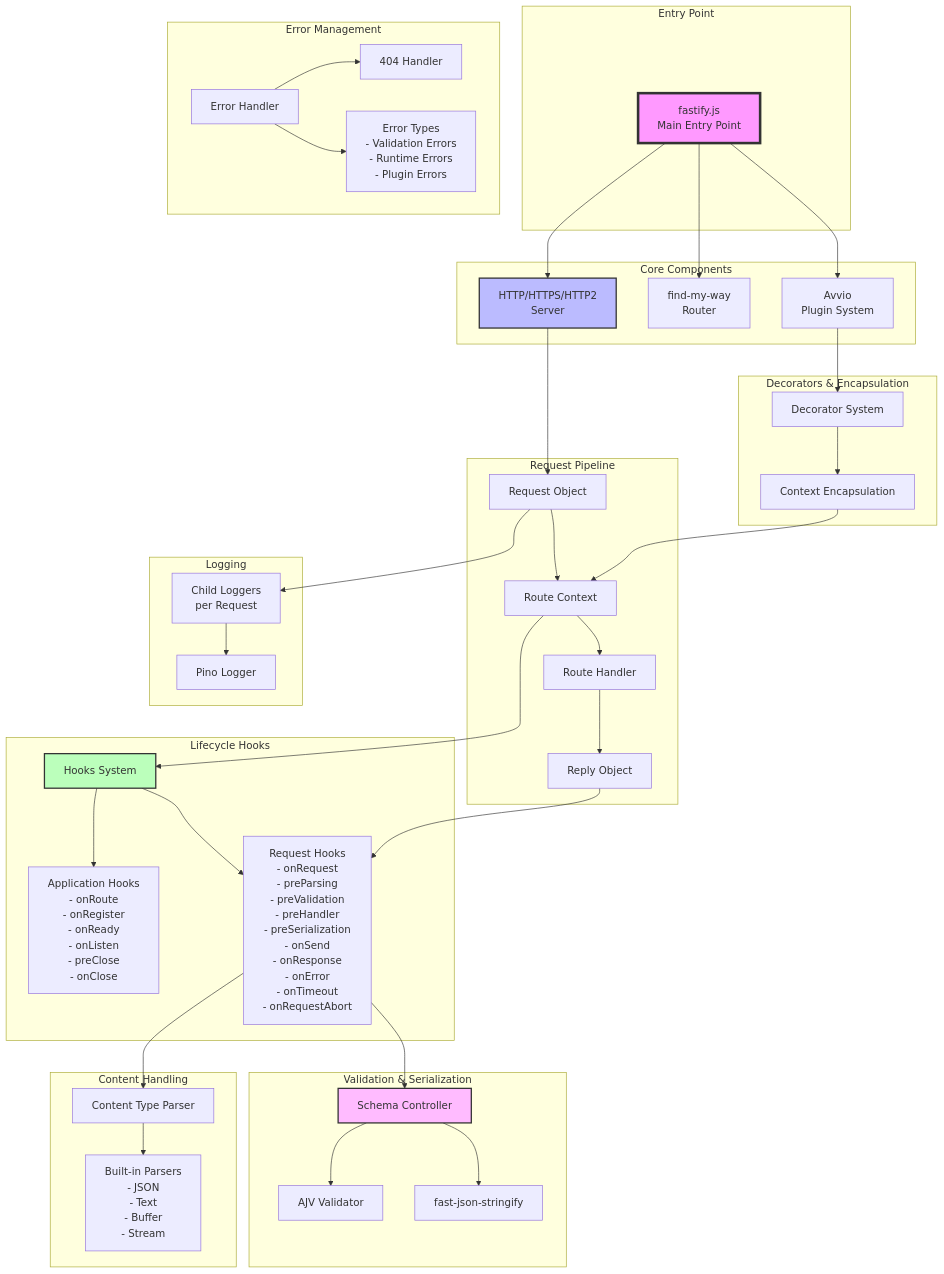
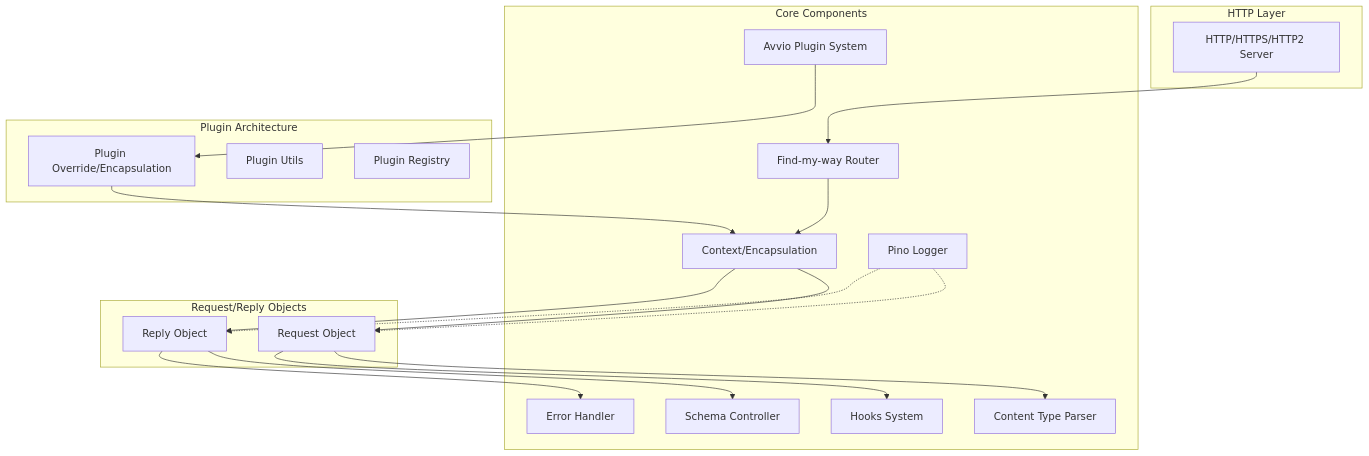
One commit to shomilj/fastify changed the first of 2 diagrams in fastify-architecture-diagram.md. Above: the diagram before and after it, drawn with Mermaid. The commit also changed other lines of this file and 1 other file, not shown here.

Commit message:
Update Fastify architecture documentation with detailed diagrams and explanations

````diff
--- a/fastify-architecture-diagram.md
+++ b/fastify-architecture-diagram.md
@@ -8,90 +8,44 @@
 ```mermaid
 graph TB
-    subgraph "Entry Point"
-        MAIN[fastify.js<br/>Main Entry Point]
+    subgraph "HTTP Layer"
+        HTTP[HTTP/HTTPS/HTTP2 Server]
     end
 
     subgraph "Core Components"
-        AVVIO[Avvio<br/>Plugin System]
-        ROUTER[find-my-way<br/>Router]
-        SERVER[HTTP/HTTPS/HTTP2<br/>Server]
+        Router[Find-my-way Router]
+        Avvio[Avvio Plugin System]
+        Context[Context/Encapsulation]
+        SchemaController[Schema Controller]
+        ContentParser[Content Type Parser]
+        Hooks[Hooks System]
+        ErrorHandler[Error Handler]
+        Logger[Pino Logger]
     end
 
-    subgraph "Request Pipeline"
-        REQ[Request Object]
-        REPLY[Reply Object]
-        HANDLER[Route Handler]
-        CONTEXT[Route Context]
+    subgraph "Request/Reply Objects"
+        Request[Request Object]
+        Reply[Reply Object]
     end
 
-    subgraph "Lifecycle Hooks"
-        HOOKS[Hooks System]
-        APPHOOKS[Application Hooks<br/>- onRoute<br/>- onRegister<br/>- onReady<br/>- onListen<br/>- preClose<br/>- onClose]
-        REQHOOKS[Request Hooks<br/>- onRequest<br/>- preParsing<br/>- preValidation<br/>- preHandler<br/>- preSerialization<br/>- onSend<br/>- onResponse<br/>- onError<br/>- onTimeout<br/>- onRequestAbort]
+    subgraph "Plugin Architecture"
+        PluginOverride[Plugin Override/Encapsulation]
+        PluginUtils[Plugin Utils]
+        PluginRegistry[Plugin Registry]
     end
 
-    subgraph "Validation & Serialization"
-        SCHEMA[Schema Controller]
-        AJV[AJV Validator]
-        FJS[fast-json-stringify]
-    end
-
-    subgraph "Content Handling"
-        CTP[Content Type Parser]
-        PARSERS[Built-in Parsers<br/>- JSON<br/>- Text<br/>- Buffer<br/>- Stream]
-    end
-
-    subgraph "Error Management"
-        ERROR[Error Handler]
-        FOUROFOUR[404 Handler]
-        ERRTYPES[Error Types<br/>- Validation Errors<br/>- Runtime Errors<br/>- Plugin Errors]
-    end
-
-    subgraph "Logging"
-        LOGGER[Pino Logger]
-        CHILDLOG[Child Loggers<br/>per Request]
-    end
-
-    subgraph "Decorators & Encapsulation"
-        DECORATOR[Decorator System]
-        ENCAP[Context Encapsulation]
-    end
-
-    MAIN --> AVVIO
-    MAIN --> ROUTER
-    MAIN --> SERVER
+    HTTP --> Router
+    Router --> Context
+    Context --> Request
+    Context --> Reply
     
-    SERVER --> REQ
-    REQ --> CONTEXT
-    CONTEXT --> HOOKS
+    Avvio --> PluginOverride
+    PluginOverride --> Context
     
-    HOOKS --> APPHOOKS
-    HOOKS --> REQHOOKS
+    Request --> ContentParser
+    Request --> Hooks
+    Reply --> SchemaController
+    Reply --> ErrorHandler
     
-    REQHOOKS --> CTP
-    CTP --> PARSERS
-    
-    REQHOOKS --> SCHEMA
-    SCHEMA --> AJV
-    SCHEMA --> FJS
-    
-    CONTEXT --> HANDLER
-    HANDLER --> REPLY
-    
-    REPLY --> REQHOOKS
-    
-    ERROR --> FOUROFOUR
-    ERROR --> ERRTYPES
-    
-    REQ --> CHILDLOG
-    CHILDLOG --> LOGGER
-    
-    AVVIO --> DECORATOR
-    DECORATOR --> ENCAP
-    ENCAP --> CONTEXT
-
-    style MAIN fill:#f9f,stroke:#333,stroke-width:4px
-    style SERVER fill:#bbf,stroke:#333,stroke-width:2px
-    style HOOKS fill:#bfb,stroke:#333,stroke-width:2px
-    style SCHEMA fill:#fbf,stroke:#333,stroke-width:2px
+    Logger -.-> Request
+    Logger -.-> Reply
 ```
````
